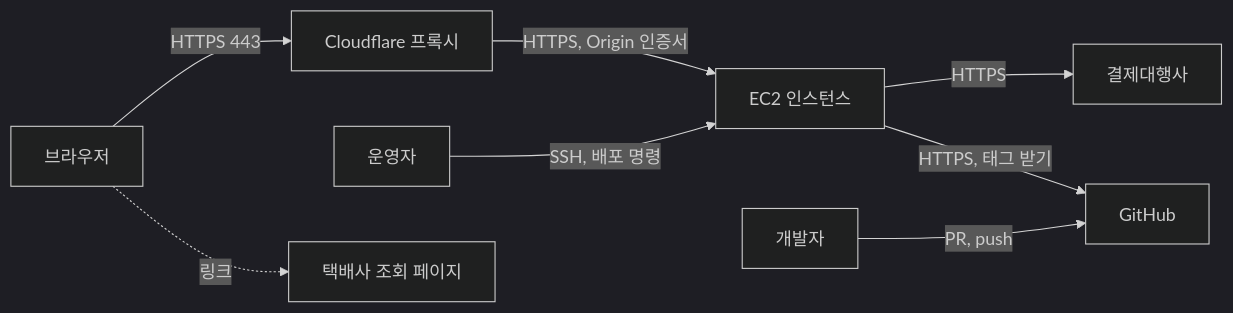
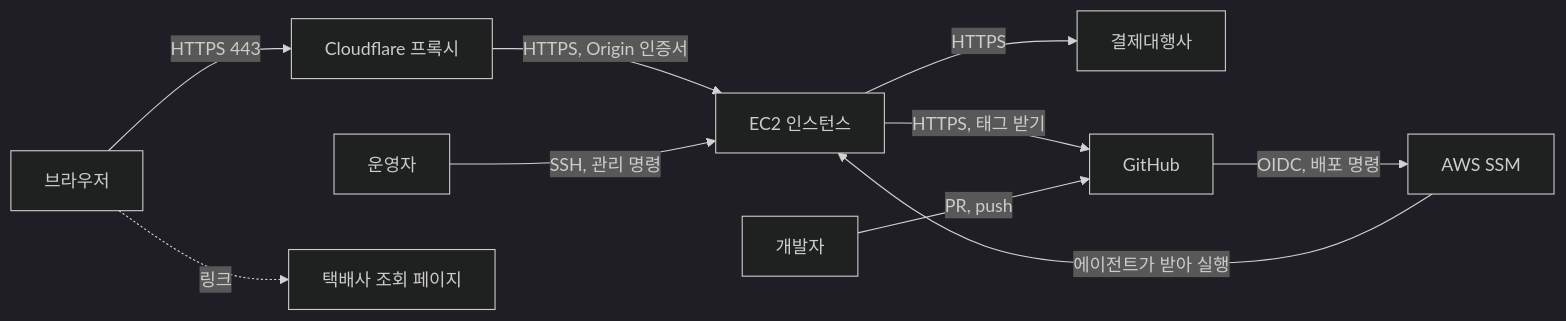
Before and after one commit to seren-wib/coffee-shop: the diagram in docs/specs/srs/6-interfaces.md, drawn with Mermaid (dark theme). The commit also changed other lines of this file and 30 other files, not shown here.

````diff
--- a/docs/specs/srs/6-interfaces.md
+++ b/docs/specs/srs/6-interfaces.md
@@ -99,10 +100,12 @@
 ```mermaid
 flowchart LR
   browser[브라우저] -->|HTTPS 443| cf[Cloudflare 프록시]
   cf -->|HTTPS, Origin 인증서| ec2[EC2 인스턴스]
   ec2 -->|HTTPS| pg[결제대행사]
-  operator[운영자] -->|SSH, 배포 명령| ec2
+  operator[운영자] -->|SSH, 관리 명령| ec2
   ec2 -->|HTTPS, 태그 받기| github[GitHub]
+  github -->|OIDC, 배포 명령| ssm[AWS SSM]
+  ssm -->|에이전트가 받아 실행| ec2
   dev[개발자] -->|PR, push| github
   browser -.->|링크| carrier[택배사 조회 페이지]
 ```
````
